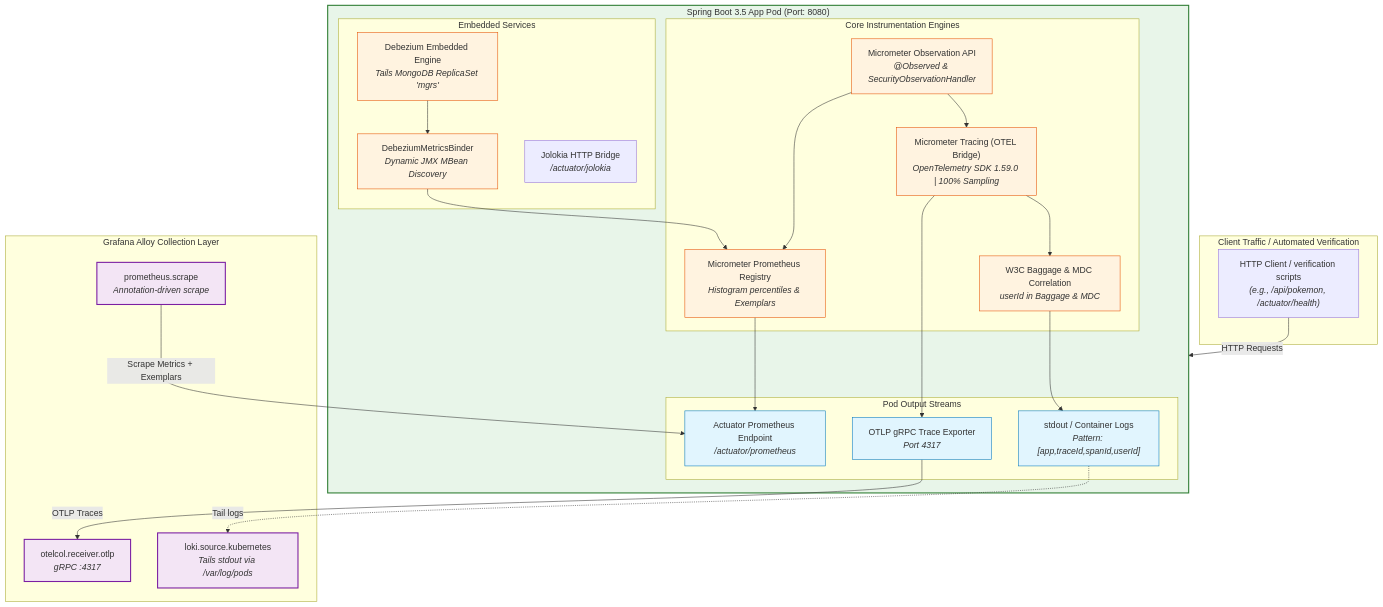
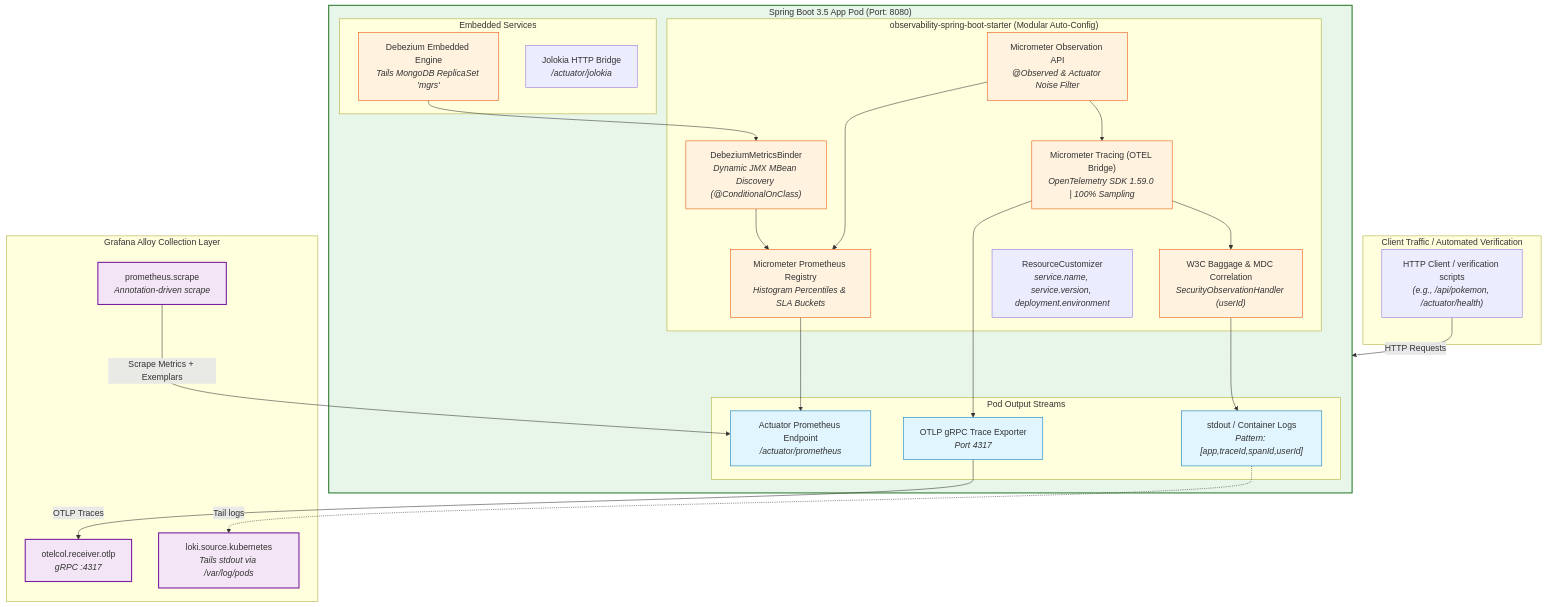
One commit to bwgjoseph/spring-boot-lgtm changed the diagram in ADR/application.md. Above: the diagram before and after it, drawn with Mermaid. The commit also changed other lines of this file and 34 other files, not shown here.

````diff
--- a/ADR/application.md
+++ b/ADR/application.md
@@ -19,56 +19,57 @@
 ```mermaid
 flowchart TD
     subgraph ClientLayer ["Client Traffic / Automated Verification"]
         CLIENT["HTTP Client / verification scripts<br/><i>(e.g., /api/pokemon, /actuator/health)</i>"]
     end
 
     subgraph SpringBootApp ["Spring Boot 3.5 App Pod (Port: 8080)"]
-        subgraph FrameworkCore ["Core Instrumentation Engines"]
-            MICROMETER["Micrometer Observation API<br/><i>@Observed & SecurityObservationHandler</i>"]
+        subgraph StarterModule ["observability-spring-boot-starter (Modular Auto-Config)"]
+            MICROMETER["Micrometer Observation API<br/><i>@Observed & Actuator Noise Filter</i>"]
             TRACING_BRIDGE["Micrometer Tracing (OTEL Bridge)<br/><i>OpenTelemetry SDK 1.59.0 | 100% Sampling</i>"]
-            BAGGAGE["W3C Baggage & MDC Correlation<br/><i>userId in Baggage & MDC</i>"]
-            PROM_REG["Micrometer Prometheus Registry<br/><i>Histogram percentiles & Exemplars</i>"]
+            BAGGAGE["W3C Baggage & MDC Correlation<br/><i>SecurityObservationHandler (userId)</i>"]
+            PROM_REG["Micrometer Prometheus Registry<br/><i>Histogram Percentiles & SLA Buckets</i>"]
+            METRICS_BINDER["DebeziumMetricsBinder<br/><i>Dynamic JMX MBean Discovery (@ConditionalOnClass)</i>"]
+            RESOURCE_CUST["ResourceCustomizer<br/><i>service.name, service.version, deployment.environment</i>"]
         end
 
         subgraph EmbeddedEngines ["Embedded Services"]
             DEBEZIUM["Debezium Embedded Engine<br/><i>Tails MongoDB ReplicaSet 'mgrs'</i>"]
-            METRICS_BINDER["DebeziumMetricsBinder<br/><i>Dynamic JMX MBean Discovery</i>"]
             JOLOKIA["Jolokia HTTP Bridge<br/><i>/actuator/jolokia</i>"]
         end
 
         subgraph OutputChannels ["Pod Output Streams"]
             STDOUT["stdout / Container Logs<br/><i>Pattern: [app,traceId,spanId,userId]</i>"]
             OTLP_CLIENT["OTLP gRPC Trace Exporter<br/><i>Port 4317</i>"]
             ACTUATOR["Actuator Prometheus Endpoint<br/><i>/actuator/prometheus</i>"]
         end
 
         MICROMETER --> TRACING_BRIDGE
         TRACING_BRIDGE --> BAGGAGE
         BAGGAGE --> STDOUT
         TRACING_BRIDGE --> OTLP_CLIENT
         MICROMETER --> PROM_REG
         DEBEZIUM --> METRICS_BINDER --> PROM_REG
         PROM_REG --> ACTUATOR
     end
 
     subgraph AlloyCollector ["Grafana Alloy Collection Layer"]
         ALLOY_TAIL["loki.source.kubernetes<br/><i>Tails stdout via /var/log/pods</i>"]
         ALLOY_SCRAPE["prometheus.scrape<br/><i>Annotation-driven scrape</i>"]
         ALLOY_OTLP["otelcol.receiver.otlp<br/><i>gRPC :4317</i>"]
     end
 
     CLIENT -->|"HTTP Requests"| SpringBootApp
     STDOUT -.->|"Tail logs"| ALLOY_TAIL
     OTLP_CLIENT -->|"OTLP Traces"| ALLOY_OTLP
     ALLOY_SCRAPE -->|"Scrape Metrics + Exemplars"| ACTUATOR
 
     classDef app fill:#e8f5e9,stroke:#2e7d32,stroke-width:2px;
     classDef engine fill:#fff3e0,stroke:#e65100,stroke-width:1px;
     classDef out fill:#e1f5fe,stroke:#0277bd,stroke-width:1px;
     classDef alloy fill:#f3e5f5,stroke:#7b1fa2,stroke-width:2px;
 
     class SpringBootApp app;
     class MICROMETER,TRACING_BRIDGE,BAGGAGE,PROM_REG,DEBEZIUM,METRICS_BINDER engine;
     class STDOUT,OTLP_CLIENT,ACTUATOR out;
     class ALLOY_TAIL,ALLOY_SCRAPE,ALLOY_OTLP alloy;
 ```
````
